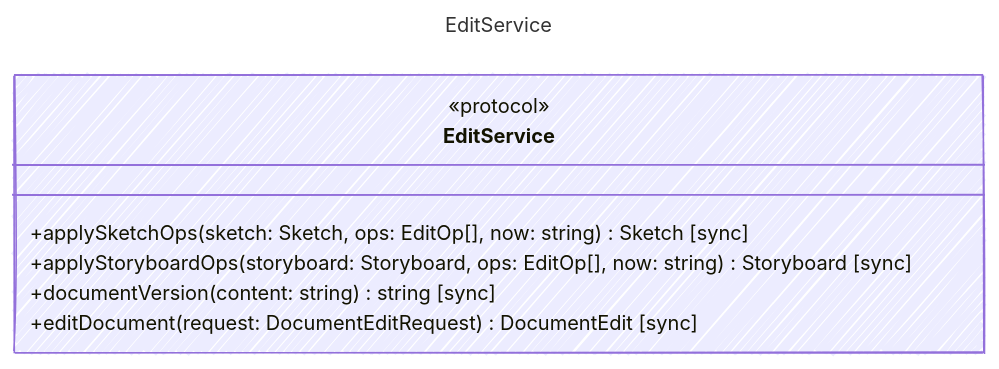
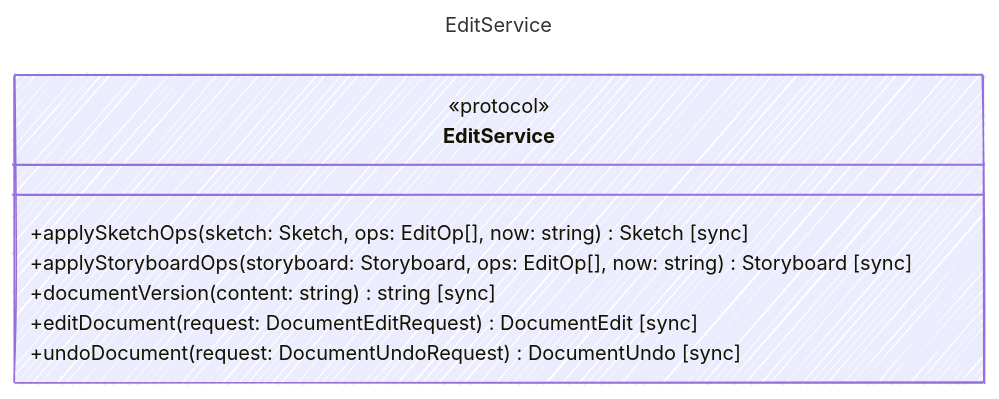
The diagram in contracts/generated/markdown/EditService.md (sethjuarez/cutready), drawn with Mermaid before and after one commit. The commit also changed other lines of this file and 91 other files, not shown here.

````diff
--- a/contracts/generated/markdown/EditService.md
+++ b/contracts/generated/markdown/EditService.md
@@ -15,18 +15,19 @@
 ```mermaid
 ---
 title: EditService
 config:
   look: handDrawn
   theme: colorful
   class:
     hideEmptyMembersBox: true
 ---
 classDiagram
     class EditService {
       <<protocol>>
         +applySketchOps(sketch: Sketch, ops: EditOp[], now: string) Sketch [sync]
         +applyStoryboardOps(storyboard: Storyboard, ops: EditOp[], now: string) Storyboard [sync]
         +documentVersion(content: string) string [sync]
         +editDocument(request: DocumentEditRequest) DocumentEdit [sync]
+        +undoDocument(request: DocumentUndoRequest) DocumentUndo [sync]
     }
 ```
````
